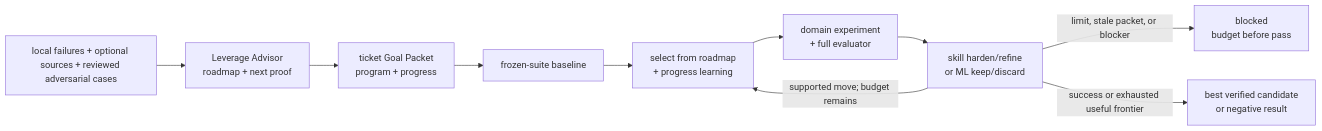
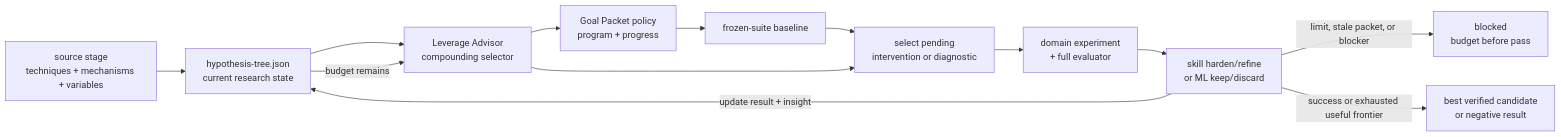
Before and after one commit to ZanarkandTechnologies/Farplane: the diagram in docs/systems/self-improvement-learning.md, drawn with Mermaid. The commit also changed other lines of this file and 29 other files, not shown here.

````diff
--- a/docs/systems/self-improvement-learning.md
+++ b/docs/systems/self-improvement-learning.md
@@ -141,17 +171,20 @@
 ```mermaid
 flowchart LR
-  coverage["local failures + optional sources + reviewed adversarial cases"]
-  leverage["Leverage Advisor<br/>roadmap + next proof"]
-  packet["ticket Goal Packet<br/>program + progress"]
+  coverage["source stage<br/>techniques + mechanisms + variables"]
+  tree["hypothesis-tree.json<br/>current research state"]
+  leverage["Leverage Advisor<br/>compounding selector"]
+  packet["Goal Packet policy<br/>program + progress"]
   baseline["frozen-suite baseline"]
-  select["select from roadmap<br/>+ progress learning"]
+  select["select pending<br/>intervention or diagnostic"]
   execute["domain experiment<br/>+ full evaluator"]
   harden["skill harden/refine<br/>or ML keep/discard"]
   blocked["blocked<br/>budget before pass"]
   result["best verified candidate<br/>or negative result"]
 
-  coverage --> leverage --> packet --> baseline --> select --> execute --> harden
-  harden -->|supported move; budget remains| select
+  coverage --> tree --> leverage --> packet --> baseline --> select --> execute --> harden
+  harden -->|update result + insight| tree
+  tree -->|budget remains| leverage
+  leverage --> select
   harden -->|limit, stale packet, or blocker| blocked
   harden -->|success or exhausted useful frontier| result
 ```
````
